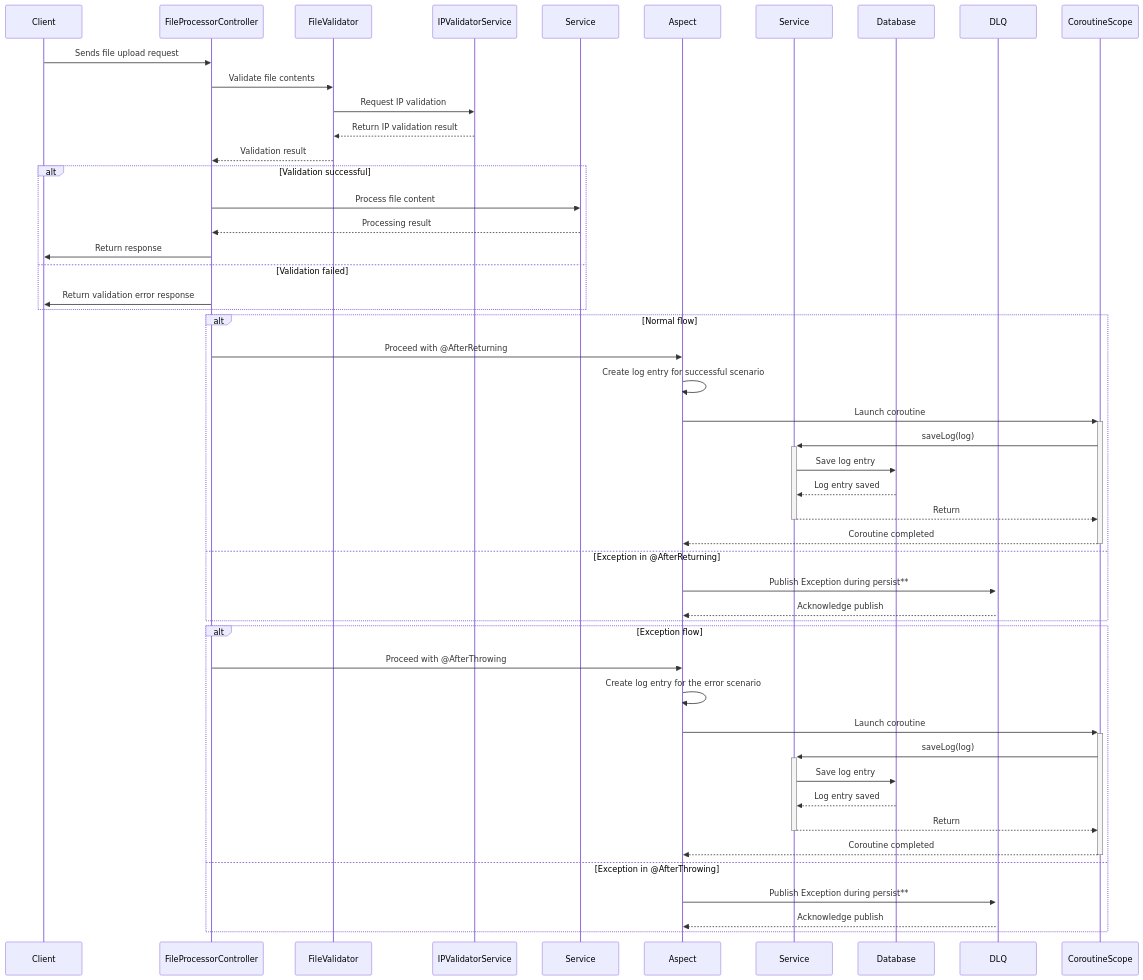
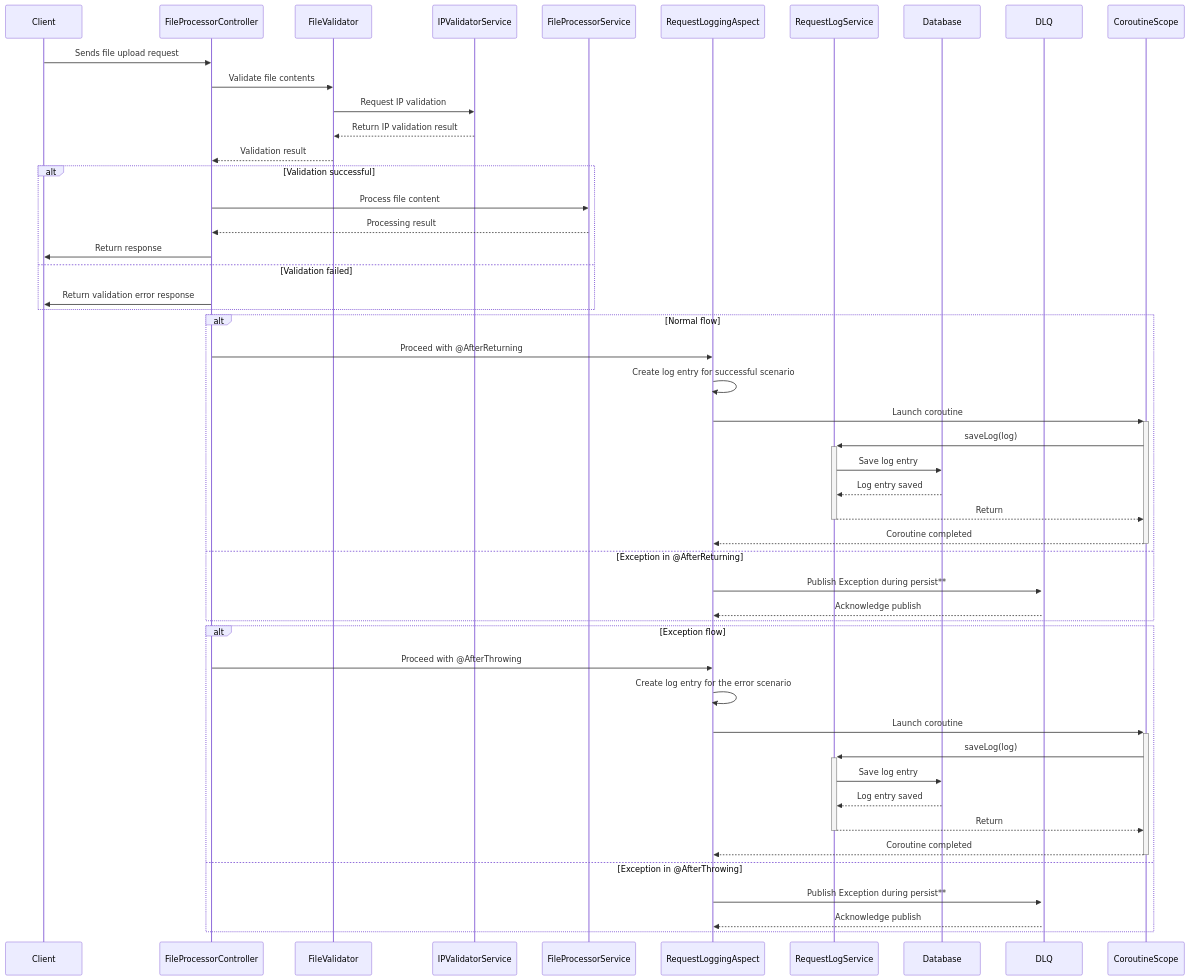
Before and after one commit to skkcoder/assessment: the diagram in README.md, drawn with Mermaid. The commit also changed other lines of this file and 1 other file, not shown here.

Commit message:
updating readme and open api spec added.

````diff
--- a/README.md
+++ b/README.md
@@ -25,52 +26,52 @@
 ```mermaid
 sequenceDiagram
-   participant Client as Client #00aaff
-   participant FileProcessorController as FileProcessorController #ffaa00
-   participant FileValidator as FileValidator #aa00ff
-   participant IPValidatorService as IPValidatorService #00ffaa
-   participant FileProcessorService as Service #ff00aa
-   participant RequestLoggingAspect as Aspect #aaff00
-   participant RequestLogService as Service #f0f0f0
-   participant Database as Database #aaaaff
-   participant DLQ as DLQ #ffaaaa
+   participant Client
+   participant FileProcessorController
+   participant FileValidator
+   participant IPValidatorService
+   participant FileProcessorService
+   participant RequestLoggingAspect
+   participant RequestLogService
+   participant Database
+   participant DLQ
    Client ->> FileProcessorController: Sends file upload request
    FileProcessorController ->> FileValidator: Validate file contents
    FileValidator ->> IPValidatorService: Request IP validation
    IPValidatorService -->> FileValidator: Return IP validation result
    FileValidator -->> FileProcessorController: Validation result
    alt Validation successful
       FileProcessorController ->> FileProcessorService: Process file content
       FileProcessorService -->> FileProcessorController: Processing result
       FileProcessorController ->> Client: Return response
    else Validation failed
       FileProcessorController ->> Client: Return validation error response
    end
 
    alt Normal flow
       FileProcessorController ->> RequestLoggingAspect: Proceed with @AfterReturning
       RequestLoggingAspect ->> RequestLoggingAspect: Create log entry for successful scenario
       RequestLoggingAspect ->>+ CoroutineScope: Launch coroutine
       CoroutineScope ->>+ RequestLogService: saveLog(log)
       RequestLogService ->> Database: Save log entry
       Database -->> RequestLogService: Log entry saved
       RequestLogService -->>- CoroutineScope: Return
       CoroutineScope -->>- RequestLoggingAspect: Coroutine completed
    else Exception in @AfterReturning
       RequestLoggingAspect ->>+ DLQ: Publish Exception during persist**
       DLQ -->> RequestLoggingAspect: Acknowledge publish
    end
 
    alt Exception flow
       FileProcessorController ->> RequestLoggingAspect: Proceed with @AfterThrowing
       RequestLoggingAspect ->> RequestLoggingAspect: Create log entry for the error scenario
       RequestLoggingAspect ->>+ CoroutineScope: Launch coroutine
       CoroutineScope ->>+ RequestLogService: saveLog(log)
       RequestLogService ->> Database: Save log entry
       Database -->> RequestLogService: Log entry saved
       RequestLogService -->>- CoroutineScope: Return
       CoroutineScope -->>- RequestLoggingAspect: Coroutine completed
    else Exception in @AfterThrowing
       RequestLoggingAspect ->>+ DLQ: Publish Exception during persist**
       DLQ -->> RequestLoggingAspect: Acknowledge publish
    end
 ```
````
